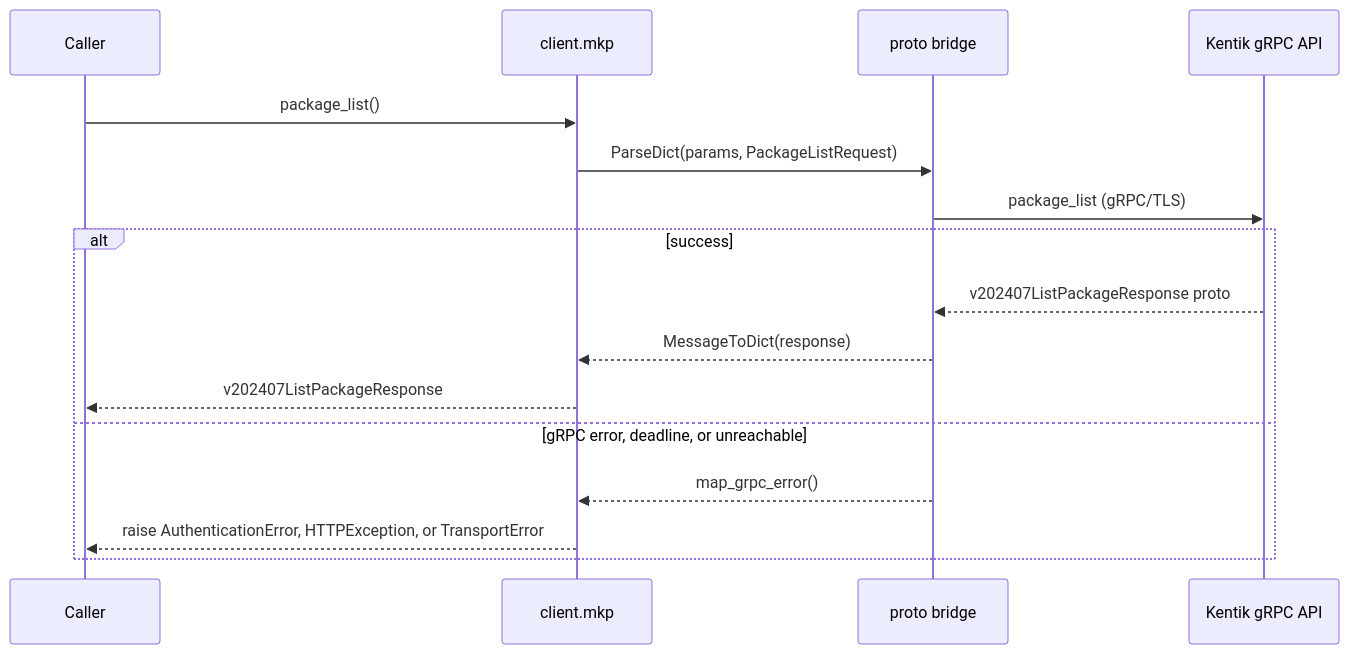
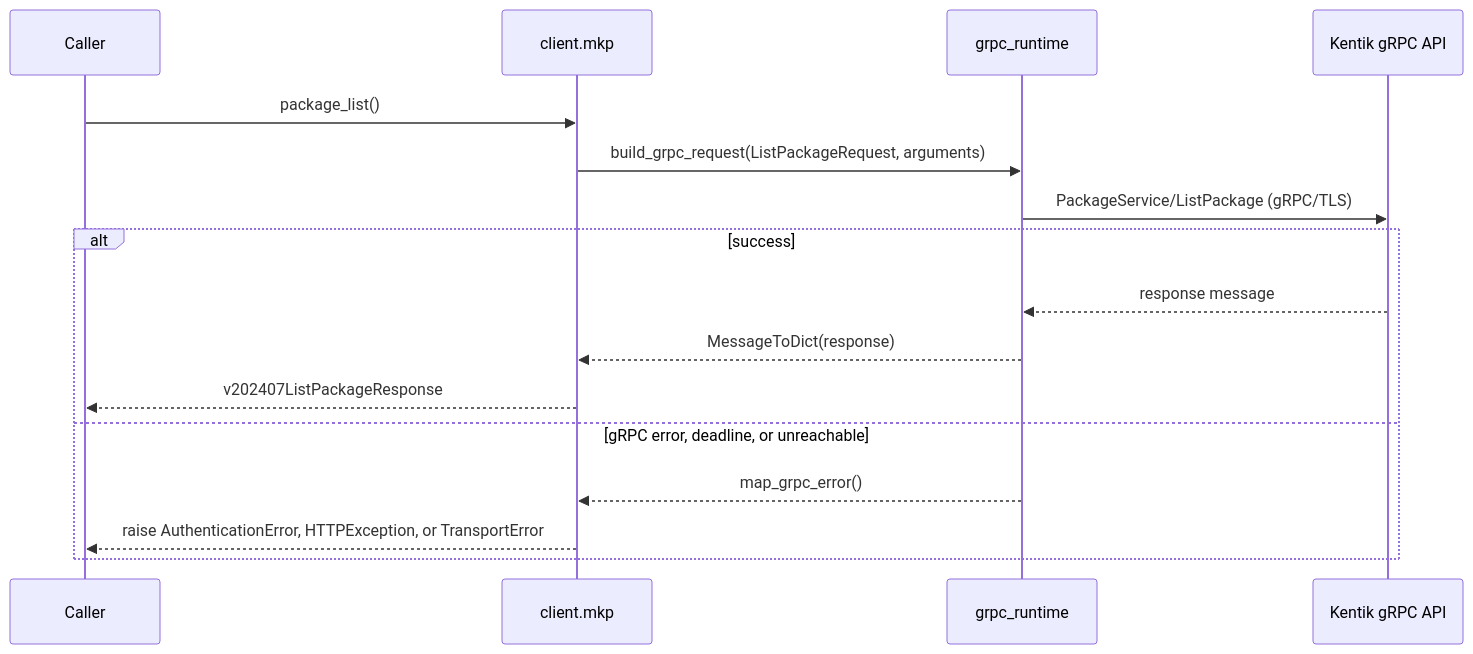
Before and after one commit to alexdearaujo/community_sdk_python: the third of 30 diagrams in docs/sphinx/services/mkp.md, drawn with Mermaid. The commit also changed other lines of this file and 37 other files, not shown here.

First line of the commit message:
docs: show the real RPC in each service page's gRPC diagram

````diff
--- a/docs/sphinx/services/mkp.md
+++ b/docs/sphinx/services/mkp.md
@@ -61,19 +61,19 @@
 ```mermaid
 sequenceDiagram
     participant C as Caller
     participant W as client.mkp
-    participant B as proto bridge
+    participant R as grpc_runtime
     participant API as Kentik gRPC API
 
     C->>W: package_list()
-    W->>B: ParseDict(params, PackageListRequest)
-    B->>API: package_list (gRPC/TLS)
+    W->>R: build_grpc_request(ListPackageRequest, arguments)
+    R->>API: PackageService/ListPackage (gRPC/TLS)
     alt success
-        API-->>B: v202407ListPackageResponse proto
-        B-->>W: MessageToDict(response)
+        API-->>R: response message
+        R-->>W: MessageToDict(response)
         W-->>C: v202407ListPackageResponse
     else gRPC error, deadline, or unreachable
-        B-->>W: map_grpc_error()
+        R-->>W: map_grpc_error()
         W-->>C: raise AuthenticationError, HTTPException, or TransportError
     end
 ```
````
